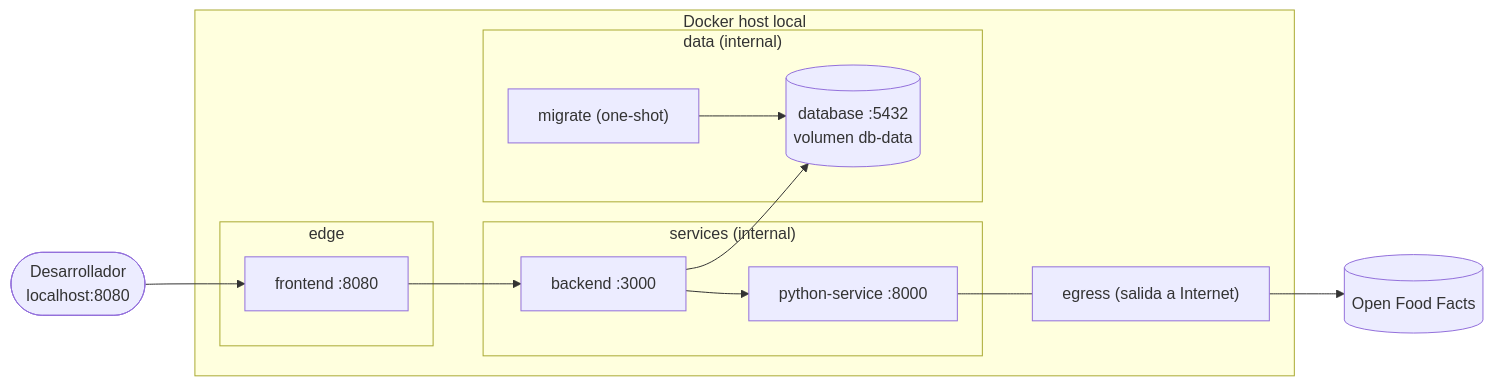
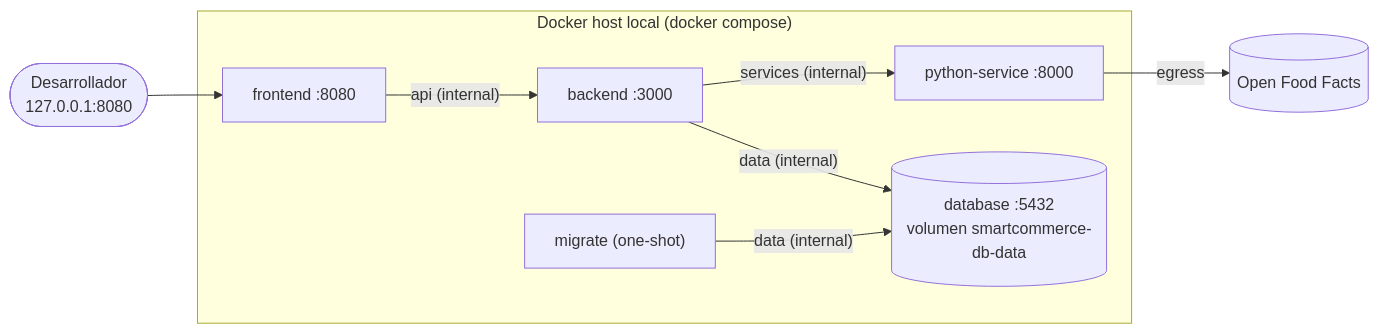
One commit to Dakotahh1/SmartCommerce changed the ninth of 10 diagrams in docs/02-arquitectura.md. Above: the diagram before and after it, drawn with Mermaid. The commit also changed other lines of this file and 1 other file, not shown here.

First line of the commit message:
feat(docker): red interna api para aislar el gateway del servicio Python

````diff
--- a/docs/02-arquitectura.md
+++ b/docs/02-arquitectura.md
@@ -254,24 +253,16 @@
 ```mermaid
 flowchart LR
-    dev(["Desarrollador<br/>localhost:8080"]) --> fe
-    subgraph host["Docker host local"]
-        subgraph edge["edge"]
-            fe["frontend :8080"]
-        end
-        subgraph services["services (internal)"]
-            be["backend :3000"]
-            py["python-service :8000"]
-        end
-        subgraph data["data (internal)"]
-            db[("database :5432<br/>volumen db-data")]
-            mig["migrate (one-shot)"]
-        end
-        egress["egress (salida a Internet)"]
+    dev(["Desarrollador<br/>127.0.0.1:8080"]) --> fe
+    subgraph host["Docker host local (docker compose)"]
+        fe["frontend :8080"]
+        be["backend :3000"]
+        py["python-service :8000"]
+        db[("database :5432<br/>volumen smartcommerce-db-data")]
+        mig["migrate (one-shot)"]
     end
-    fe --> be
-    be --> py
-    be --> db
-    mig --> db
-    py --- egress
-    egress --> internet[("Open Food Facts")]
+    fe -->|"api (internal)"| be
+    be -->|"services (internal)"| py
+    be -->|"data (internal)"| db
+    mig -->|"data (internal)"| db
+    py -->|"egress"| internet[("Open Food Facts")]
 ```
````
